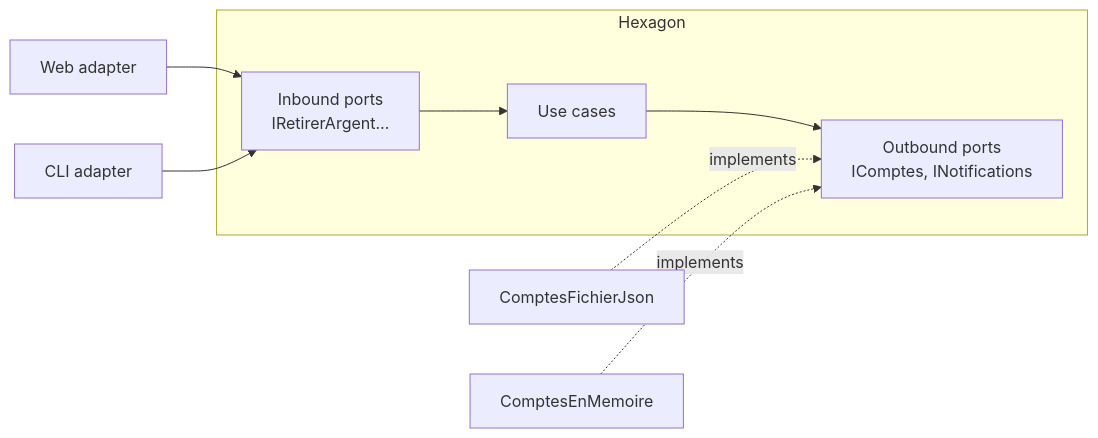
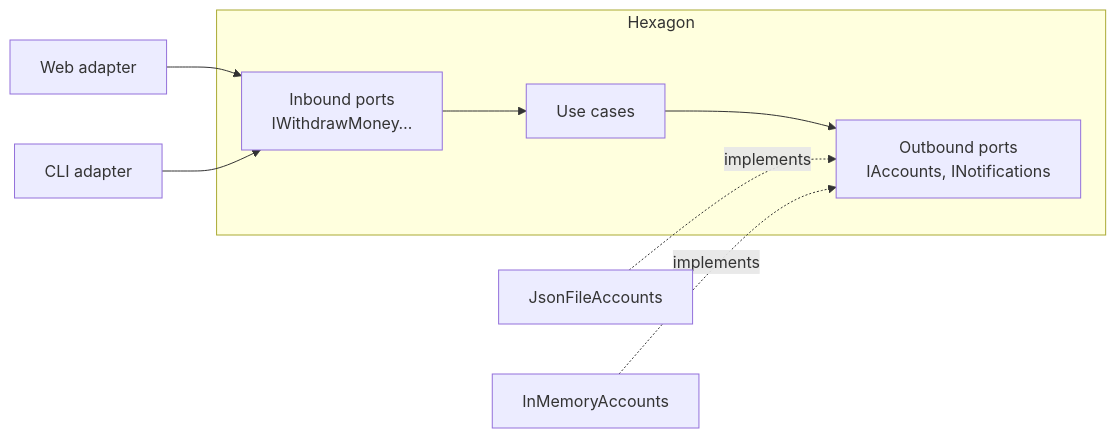
Before and after one commit to drangoht/ArchitecturesDemo: the diagram in Docs/en/fiches/01-hexagonale.md, drawn with Mermaid. The commit also changed other lines of this file and 78 other files, not shown here.

First line of the commit message:
Docs EN : identifiants, liens, diagrammes et sorties alignés sur le code anglais

````diff
--- a/Docs/en/fiches/01-hexagonale.md
+++ b/Docs/en/fiches/01-hexagonale.md
@@ -12,10 +12,10 @@
 ```mermaid
 flowchart LR
-    W["Web adapter"] --> PE["Inbound ports<br/>IRetirerArgent…"]
+    W["Web adapter"] --> PE["Inbound ports<br/>IWithdrawMoney…"]
     C["CLI adapter"] --> PE
     subgraph H["Hexagon"]
-        PE --> A["Use cases"] --> PS["Outbound ports<br/>IComptes, INotifications"]
+        PE --> A["Use cases"] --> PS["Outbound ports<br/>IAccounts, INotifications"]
     end
-    J["ComptesFichierJson"] -.->|implements| PS
-    M["ComptesEnMemoire"] -.->|implements| PS
+    J["JsonFileAccounts"] -.->|implements| PS
+    M["InMemoryAccounts"] -.->|implements| PS
 ```
````
